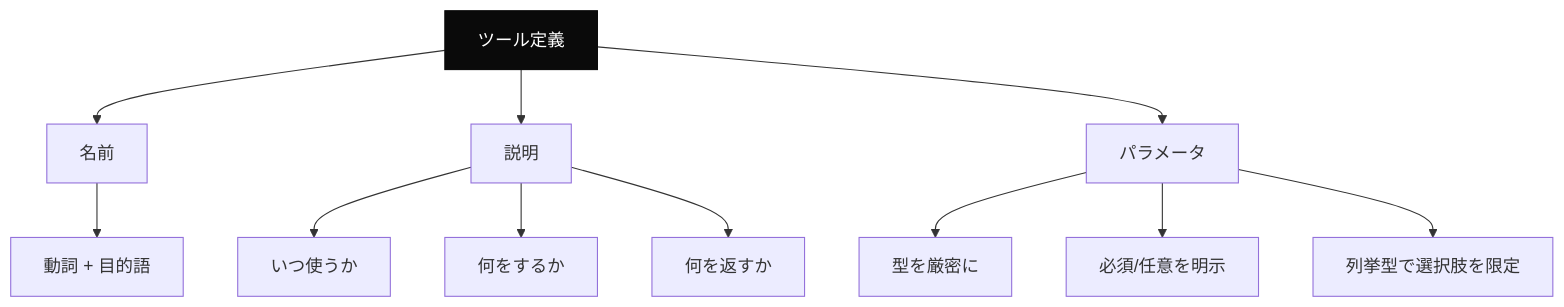
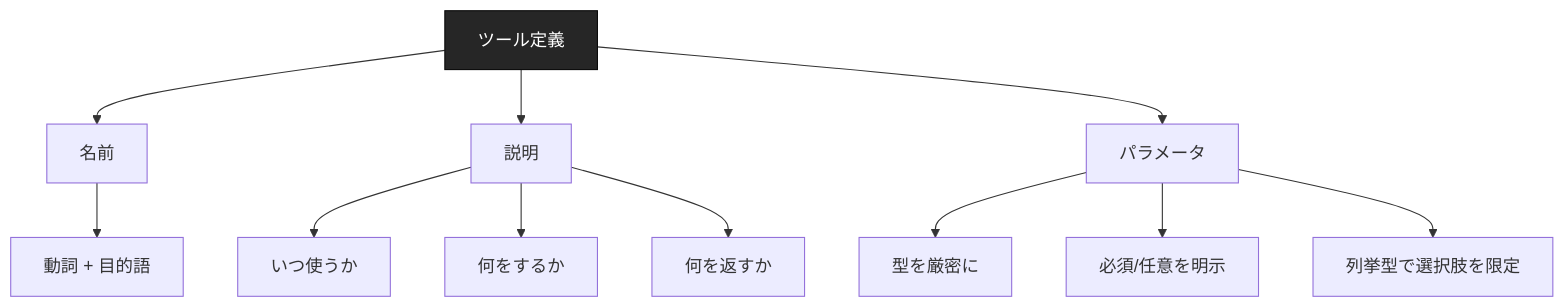
One commit to dinekt/dinekt-wiki changed the first of 2 diagrams in docs/techniques/llm-ツール定義のスキーマ設計.md. Above: the diagram before and after it, drawn with Mermaid. The commit also changed 71 other files, not shown here.

First line of the commit message:
fix: mermaid readability + remove GitHub repo toolbar

````diff
--- a/docs/techniques/llm-ツール定義のスキーマ設計.md
+++ b/docs/techniques/llm-ツール定義のスキーマ設計.md
@@ -25,15 +25,15 @@
 ```mermaid
 flowchart TD
     T[ツール定義] --> N[名前]
     T --> D[説明]
     T --> P[パラメータ]
     N --> N1[動詞 + 目的語]
     D --> D1[いつ使うか]
     D --> D2[何をするか]
     D --> D3[何を返すか]
     P --> P1[型を厳密に]
     P --> P2[必須/任意を明示]
     P --> P3[列挙型で選択肢を限定]
 
-    style T fill:#0a0a0a,color:#fff,stroke:#0a0a0a
+    style T fill:#262626,color:#fff,stroke:#0a0a0a
 ```
````
